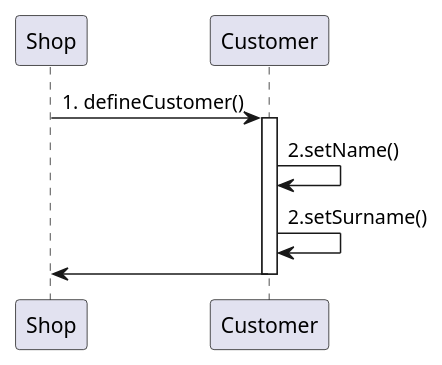
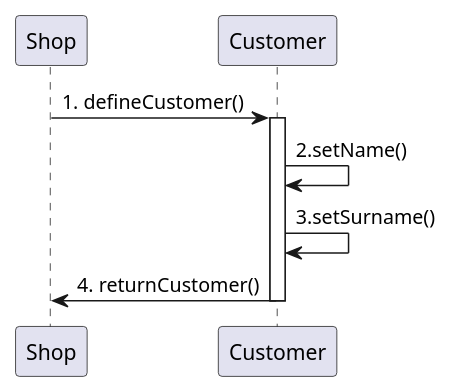
Before and after one commit to GrayNeel/SoftEngProject-EZShop: the third of 5 diagrams in Deliverables/DesignDocument.md, drawn with PlantUML.

Commit message:
fix: quick fix

````diff
--- a/Deliverables/DesignDocument.md
+++ b/Deliverables/DesignDocument.md
@@ -227,10 +227,10 @@
 ```plantuml
 @startuml
 Shop -> Customer : 1. defineCustomer()
 activate Customer
 Customer -> Customer : 2.setName()
-Customer -> Customer : 2.setSurname()
-Customer -> Shop
+Customer -> Customer : 3.setSurname()
+Customer -> Shop : 4. returnCustomer()
 deactivate Customer
 @enduml
 ```
````
